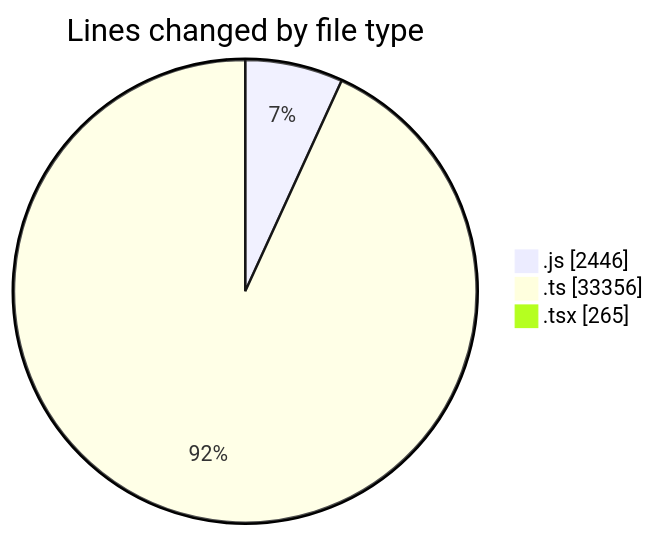
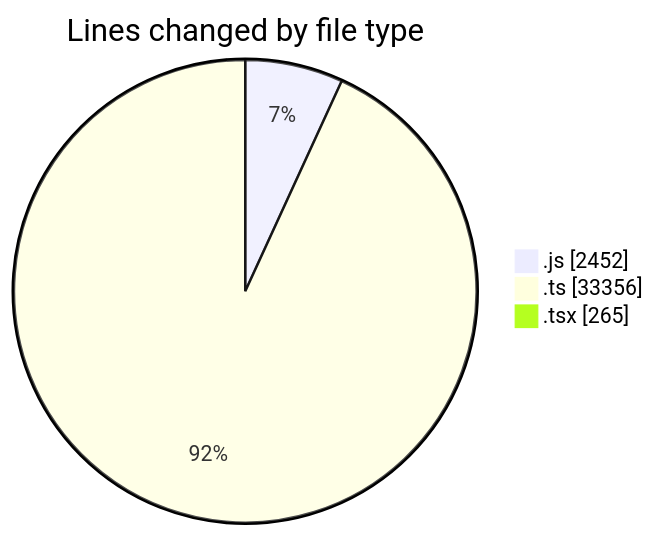
The first of 2 diagrams in 2026-02-09/cda/README.md (momahboobian/code-tracking), drawn with Mermaid before and after one commit. The commit also changed other lines of this file and 1 other file, not shown here.

````diff
--- a/2026-02-09/cda/README.md
+++ b/2026-02-09/cda/README.md
@@ -38,7 +38,7 @@
 ```mermaid
 pie showData
 title Lines changed by file type
-".js" : 2446
+".js" : 2452
 ".ts" : 33356
 ".tsx" : 265
 ```
````
